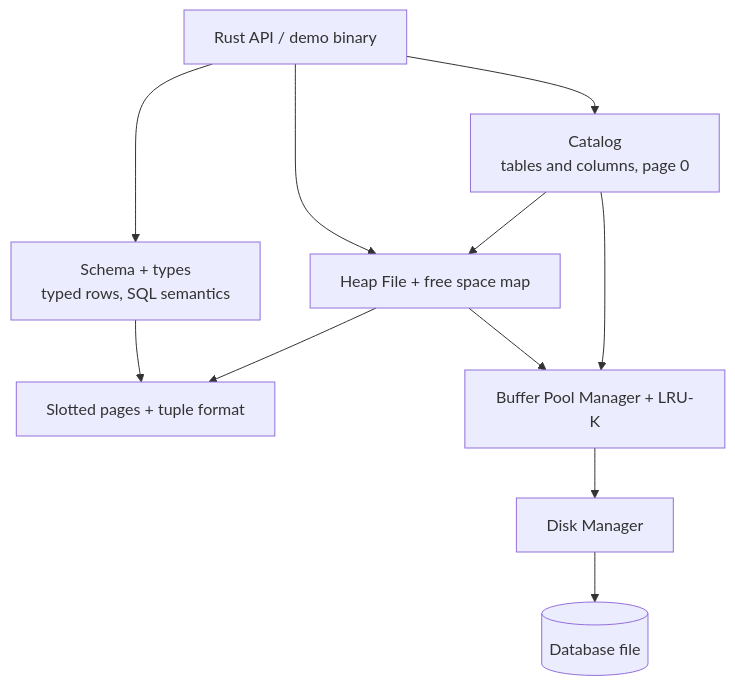
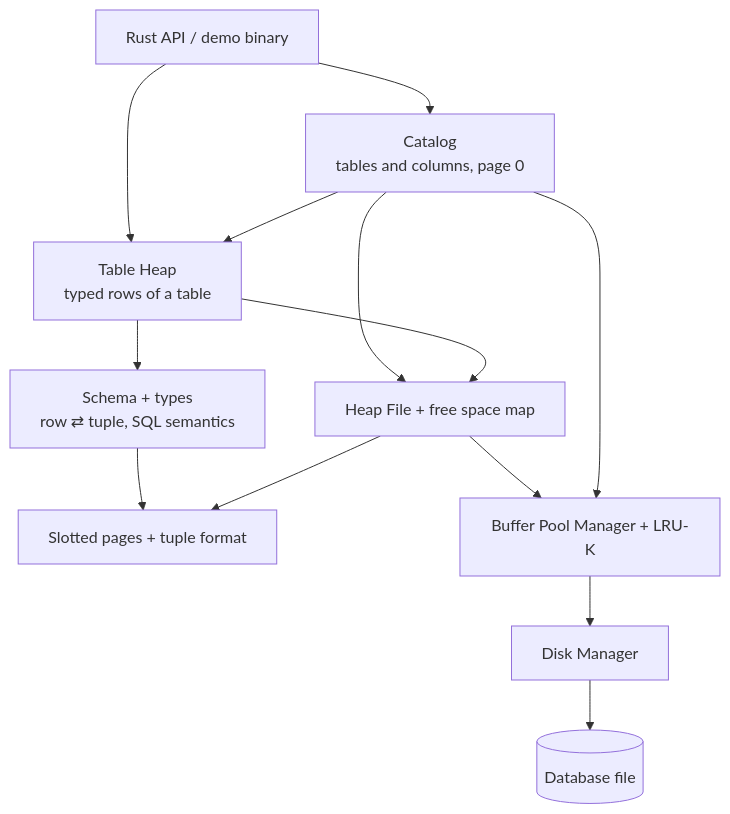
Before and after one commit to RodrigoGrz/ferro-db: the diagram in README.md, drawn with Mermaid. The commit also changed other lines of this file and 11 other files, not shown here.

````diff
--- a/README.md
+++ b/README.md
@@ -43,22 +44,25 @@
 ```mermaid
 flowchart TD
     app["Rust API / demo binary"]
     catalog["Catalog<br/>tables and columns, page 0"]
-    schema["Schema + types<br/>typed rows, SQL semantics"]
+    tableheap["Table Heap<br/>typed rows of a table"]
+    schema["Schema + types<br/>row ⇄ tuple, SQL semantics"]
     heap["Heap File + free space map"]
     page["Slotted pages + tuple format"]
     bpm["Buffer Pool Manager + LRU-K"]
     disk["Disk Manager"]
     file[("Database file")]
 
     app --> catalog
-    app --> schema
-    app --> heap
+    app --> tableheap
+    catalog --> tableheap
     catalog --> heap
+    tableheap --> schema
+    tableheap --> heap
     schema --> page
     heap --> page
     heap --> bpm
     catalog --> bpm
     bpm --> disk
     disk --> file
 ```
````
